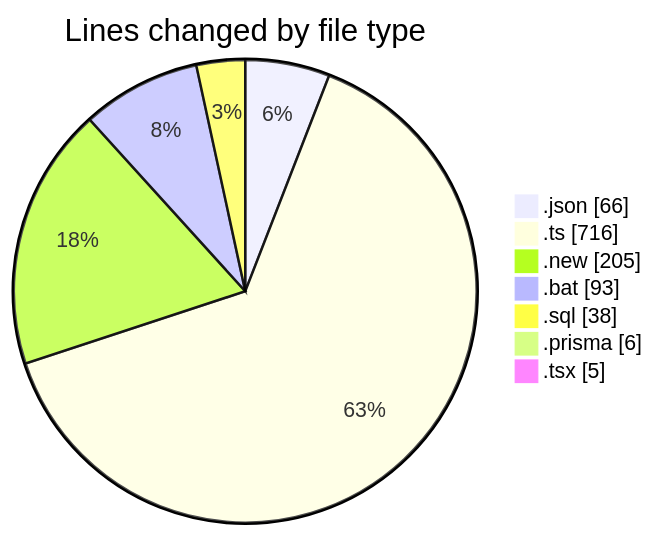
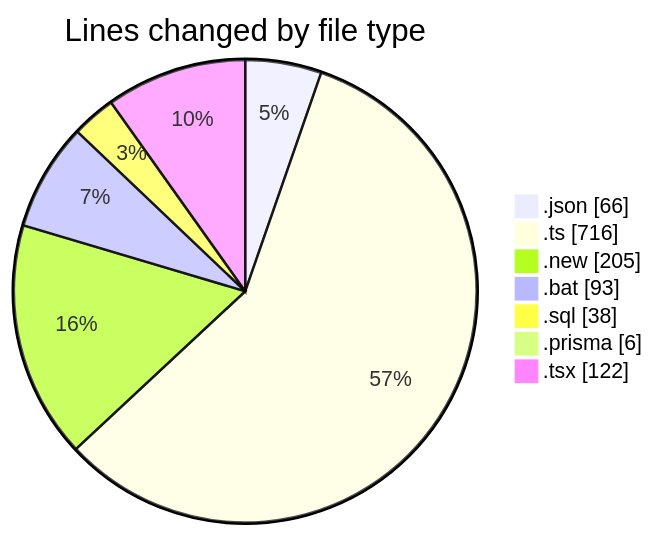
One commit to CELIANVF/code-tracking changed the first of 2 diagrams in 2025-05-20/ecodeli-1/README.md. Above: the diagram before and after it, drawn with Mermaid. The commit also changed other lines of this file and 1 other file, not shown here.

````diff
--- a/2025-05-20/ecodeli-1/README.md
+++ b/2025-05-20/ecodeli-1/README.md
@@ -31,11 +32,11 @@
 ```mermaid
 pie showData
 title Lines changed by file type
 ".json" : 66
 ".ts" : 716
 ".new" : 205
 ".bat" : 93
 ".sql" : 38
 ".prisma" : 6
-".tsx" : 5
+".tsx" : 122
 ```
````
